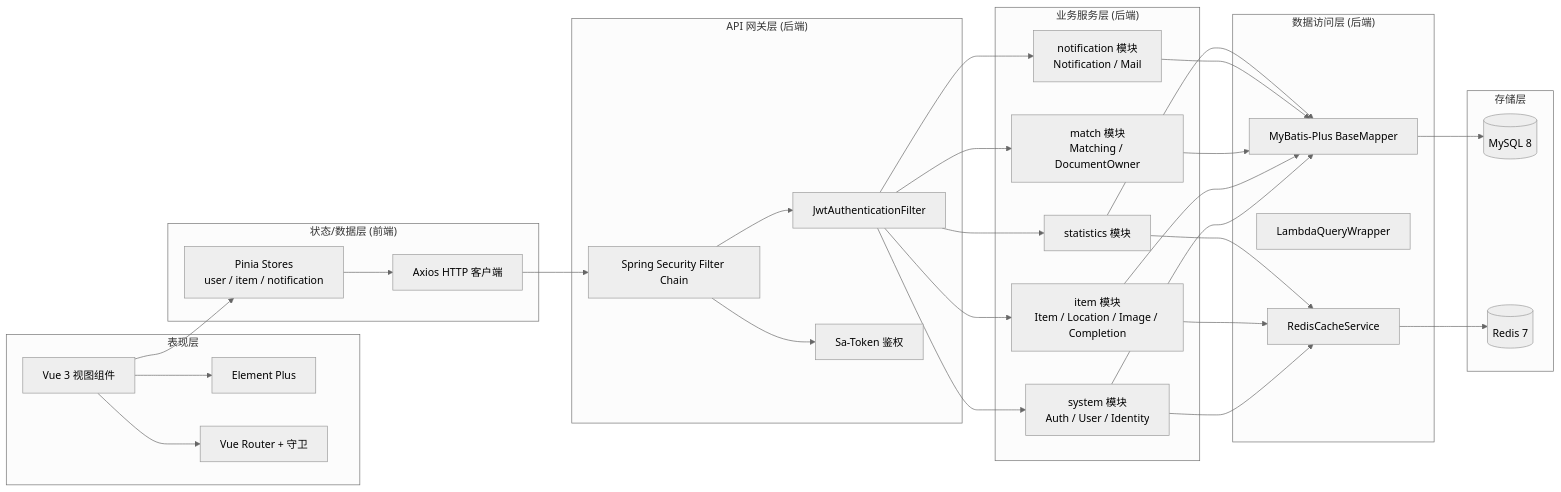
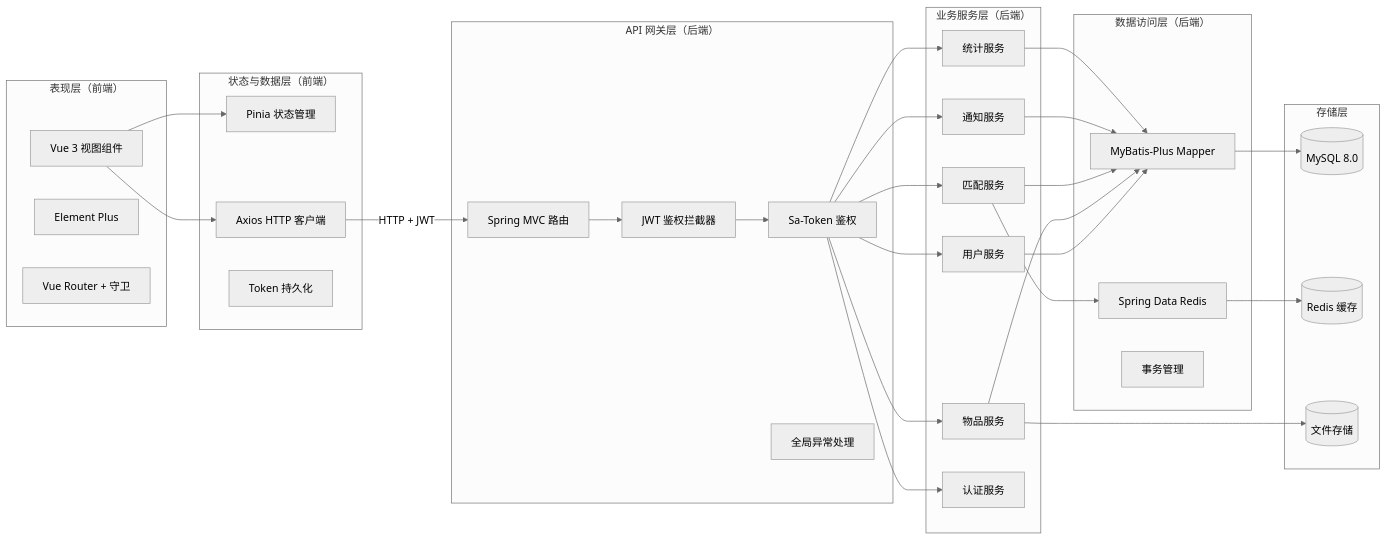
Before and after one commit to zwj-3193655211/campus-LostandFound: the fourth of 29 diagrams in docs/项目图表.md, drawn with Mermaid (neutral theme). The commit also changed other lines of this file and 51 other files, not shown here.

````diff
--- a/docs/项目图表.md
+++ b/docs/项目图表.md
@@ -127,61 +207,63 @@
 ```mermaid
 graph LR
-    subgraph L1["表现层"]
+    subgraph L1["表现层（前端）"]
         A1[Vue 3 视图组件]
         A2[Element Plus]
         A3[Vue Router + 守卫]
     end
 
-    subgraph L2["状态/数据层 (前端)"]
-        B1[Pinia Stores<br/>user / item / notification]
+    subgraph L2["状态与数据层（前端）"]
+        B1[Pinia 状态管理]
         B2[Axios HTTP 客户端]
+        B3[Token 持久化]
     end
 
-    subgraph L3["API 网关层 (后端)"]
-        C1[Spring Security Filter Chain]
-        C2[JwtAuthenticationFilter]
+    subgraph L3["API 网关层（后端）"]
+        C1[Spring MVC 路由]
+        C2[JWT 鉴权拦截器]
         C3[Sa-Token 鉴权]
+        C4[全局异常处理]
     end
 
-    subgraph L4["业务服务层 (后端)"]
-        D1[system 模块<br/>Auth / User / Identity]
-        D2[item 模块<br/>Item / Location / Image / Completion]
-        D3[match 模块<br/>Matching / DocumentOwner]
-        D4[notification 模块<br/>Notification / Mail]
-        D5[statistics 模块]
+    subgraph L4["业务服务层（后端）"]
+        D1[用户服务]
+        D2[物品服务]
+        D3[匹配服务]
+        D4[通知服务]
+        D5[统计服务]
+        D6[认证服务]
     end
 
-    subgraph L5["数据访问层 (后端)"]
-        E1[MyBatis-Plus BaseMapper]
-        E2[LambdaQueryWrapper]
-        E3[RedisCacheService]
+    subgraph L5["数据访问层（后端）"]
+        E1[MyBatis-Plus Mapper]
+        E2[Spring Data Redis]
+        E3[事务管理]
     end
 
     subgraph L6["存储层"]
-        F1[(MySQL 8)]
-        F2[(Redis 7)]
+        F1[(MySQL 8.0)]
+        F2[(Redis 缓存)]
+        F3[(文件存储)]
     end
 
-    A1 --> A3
-    A1 --> A2
     A1 --> B1
-    B1 --> B2
-    B2 --> C1
+    A1 --> B2
+    B2 -->|HTTP + JWT| C1
     C1 --> C2
-    C1 --> C3
-    C2 --> D1
-    C2 --> D2
-    C2 --> D3
-    C2 --> D4
-    C2 --> D5
+    C2 --> C3
+    C3 --> D1
+    C3 --> D2
+    C3 --> D3
+    C3 --> D4
+    C3 --> D5
+    C3 --> D6
     D1 --> E1
     D2 --> E1
     D3 --> E1
+    D3 --> E2
     D4 --> E1
     D5 --> E1
-    D1 --> E3
-    D2 --> E3
-    D5 --> E3
     E1 --> F1
-    E3 --> F2
+    E2 --> F2
+    D2 --> F3
 ```
````
